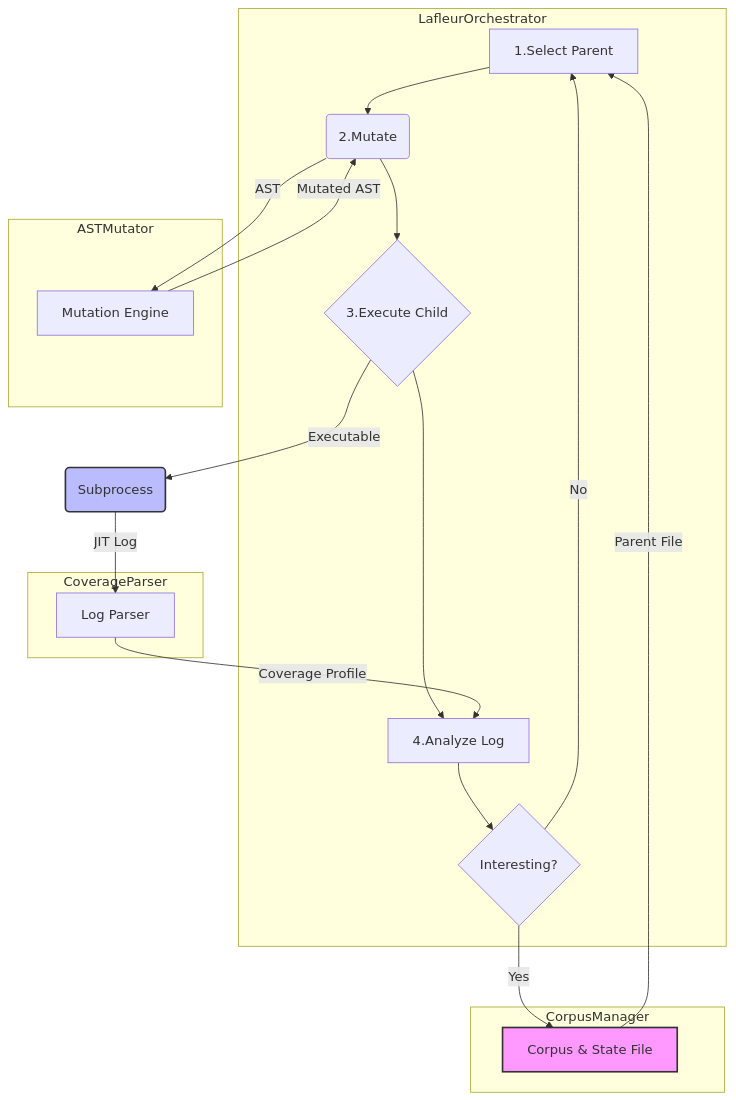
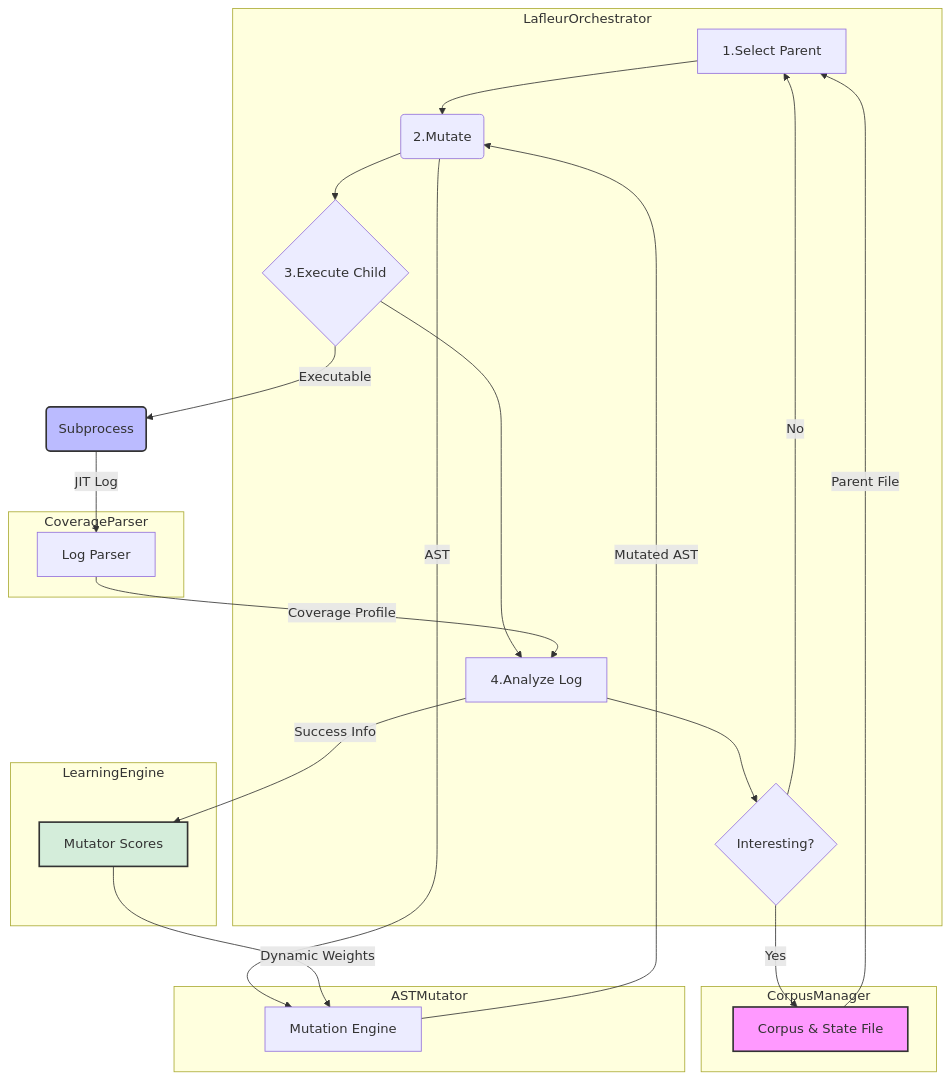
The diagram in doc/dev/01_architecture_overview.md (devdanzin/lafleur), drawn with Mermaid before and after one commit. The commit also changed other lines of this file and 5 other files, not shown here.

````diff
--- a/doc/dev/01_architecture_overview.md
+++ b/doc/dev/01_architecture_overview.md
@@ -24,34 +24,42 @@
 ```mermaid
 flowchart TD
     subgraph LafleurOrchestrator
-    A[1.Select Parent] --> B(2.Mutate);
-    B --> C{3.Execute Child};
-    C --> D[4.Analyze Log];
-    D --> E{Interesting?};
+        A[1.Select Parent] --> B(2.Mutate);
+        B --> C{3.Execute Child};
+        C --> D[4.Analyze Log];
+        D --> E{Interesting?};
     end
 
     subgraph CorpusManager
         F[Corpus & State File]
     end
 
     subgraph ASTMutator
         G[Mutation Engine]
     end
 
     subgraph CoverageParser
         H[Log Parser]
     end
 
+    subgraph LearningEngine
+        J[Mutator Scores]
+    end
+
     F -- Parent File --> A;
     B -- AST --> G;
     G -- Mutated AST --> B;
     C -- Executable --> I(Subprocess);
     I -- JIT Log --> H;
     H -- Coverage Profile --> D;
     
     E -- Yes --> F;
     E -- No --> A;
 
+    D -- Success Info --> J;
+    J -- Dynamic Weights --> G;
+
     style F fill:#f9f,stroke:#333,stroke-width:2px
     style I fill:#bbf,stroke:#333,stroke-width:2px
+    style J fill:#d4edda,stroke:#333,stroke-width:2px
 ```
````
